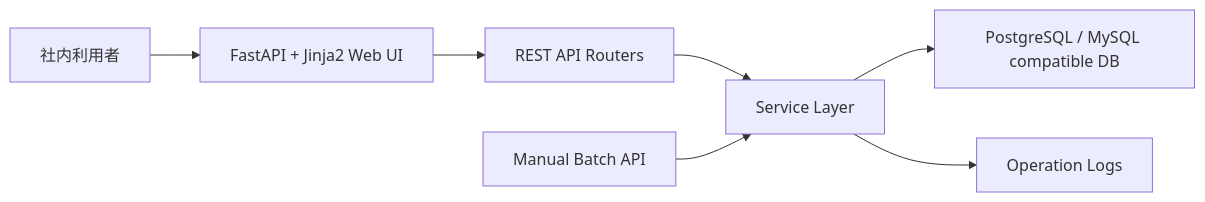
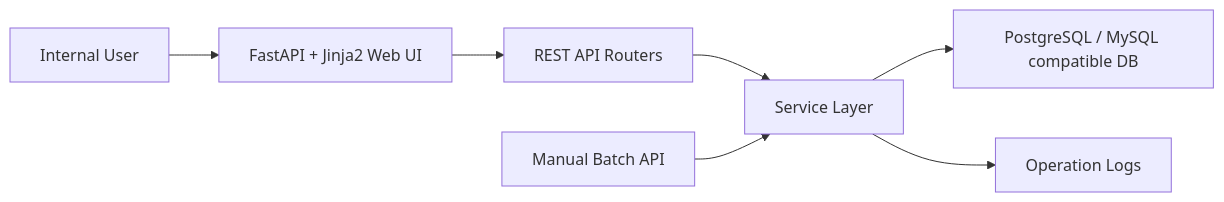
The first of 3 diagrams in docs/architecture.md (seki999/business-dashboard-93868), drawn with Mermaid before and after one commit. The commit also changed other lines of this file and 17 other files, not shown here.

````diff
--- a/docs/architecture.md
+++ b/docs/architecture.md
@@ -7,9 +7,9 @@
 ```mermaid
 flowchart LR
-  User["社内利用者"] --> Web["FastAPI + Jinja2 Web UI"]
+  User["Internal User"] --> Web["FastAPI + Jinja2 Web UI"]
   Web --> API["REST API Routers"]
   API --> Service["Service Layer"]
   Service --> DB["PostgreSQL / MySQL compatible DB"]
   Service --> Logs["Operation Logs"]
   Batch["Manual Batch API"] --> Service
 ```
````
